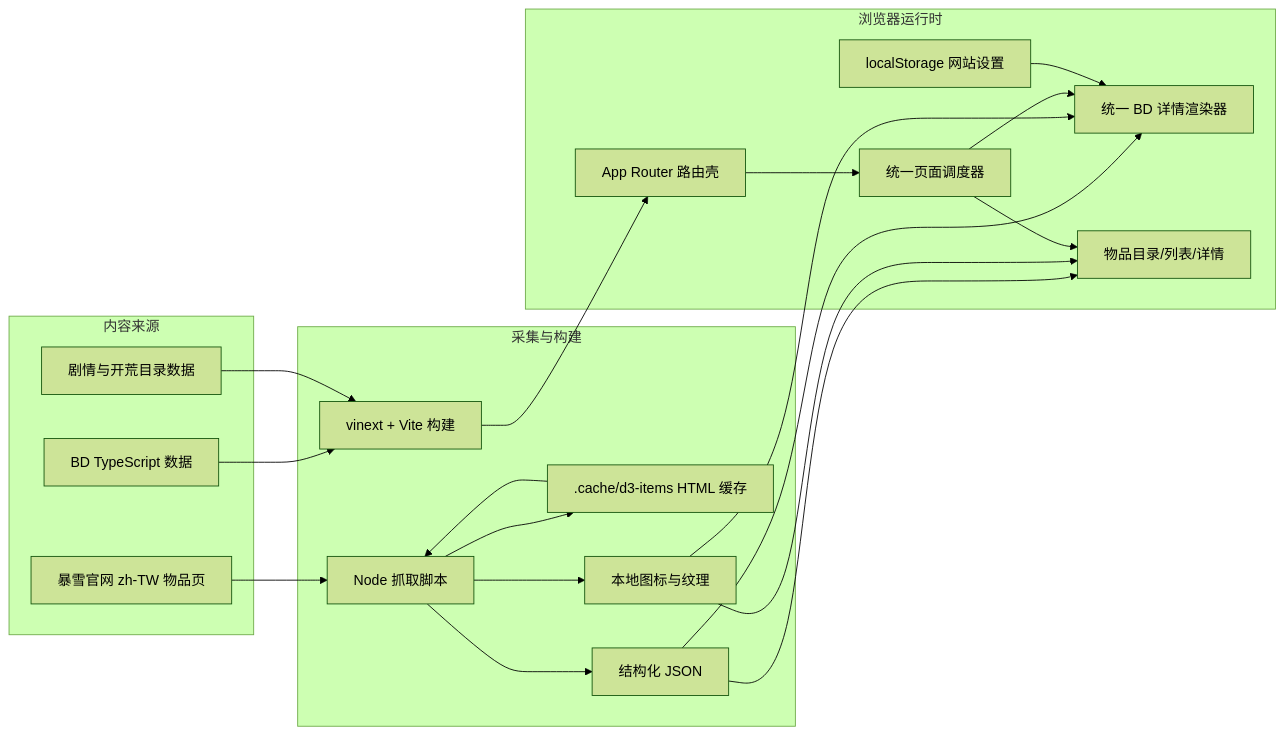
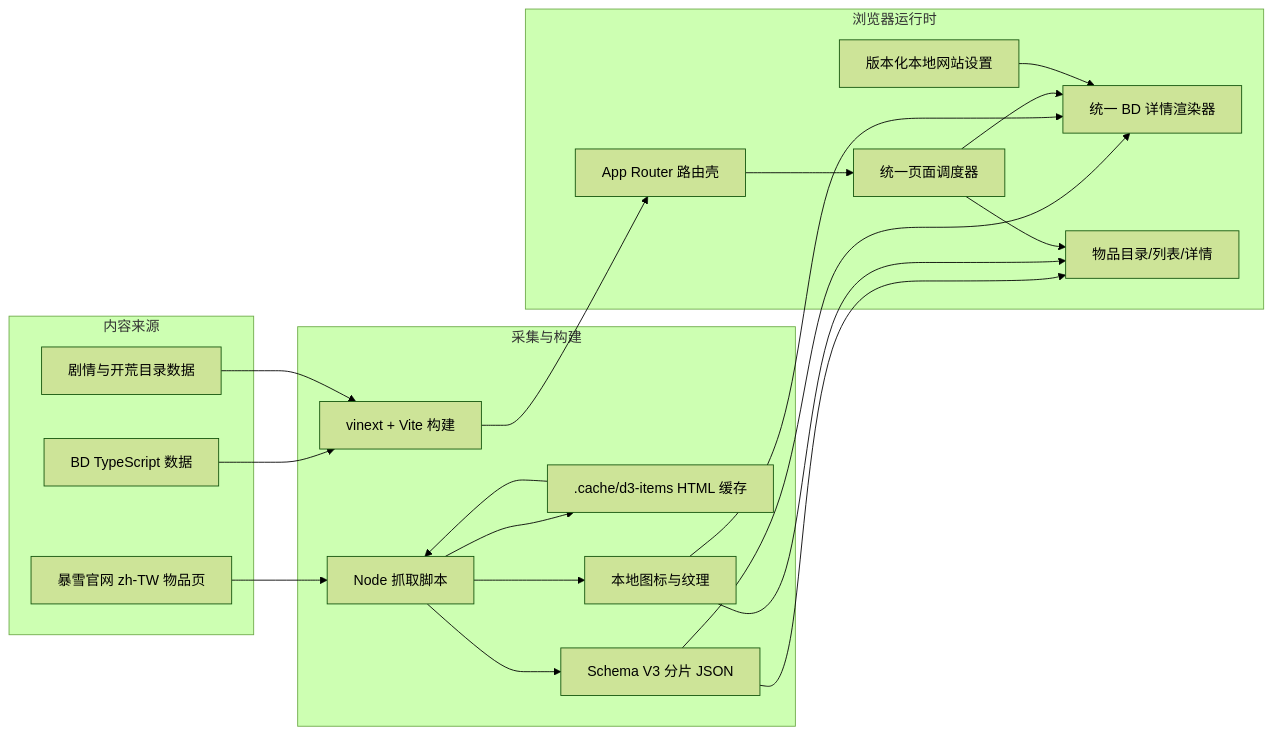
One commit to vosmokesaji/d3-bd-site changed the diagram in docs/architecture.md. Above: the diagram before and after it, drawn with Mermaid (forest theme). The commit also changed other lines of this file and 7 other files, not shown here.

````diff
--- a/docs/architecture.md
+++ b/docs/architecture.md
@@ -13,41 +13,41 @@
 ```mermaid
 flowchart LR
   subgraph Source[内容来源]
     B["BD TypeScript 数据"]
     C["剧情与开荒目录数据"]
     O["暴雪官网 zh-TW 物品页"]
   end
 
   subgraph Build[采集与构建]
     S["Node 抓取脚本"]
     Cache[".cache/d3-items HTML 缓存"]
-    JSON["结构化 JSON"]
+    JSON["Schema V3 分片 JSON"]
     Assets["本地图标与纹理"]
     V["vinext + Vite 构建"]
   end
 
   subgraph Runtime[浏览器运行时]
     Router["App Router 路由壳"]
     Page["统一页面调度器"]
     BuildUI["统一 BD 详情渲染器"]
     ItemUI["物品目录/列表/详情"]
-    Settings["localStorage 网站设置"]
+    Settings["版本化本地网站设置"]
   end
 
   B --> V
   C --> V
   O --> S
   S --> Cache
   Cache --> S
   S --> JSON
   S --> Assets
   JSON --> ItemUI
   JSON --> BuildUI
   Assets --> ItemUI
   Assets --> BuildUI
   V --> Router
   Router --> Page
   Page --> BuildUI
   Page --> ItemUI
   Settings --> BuildUI
 ```
````
